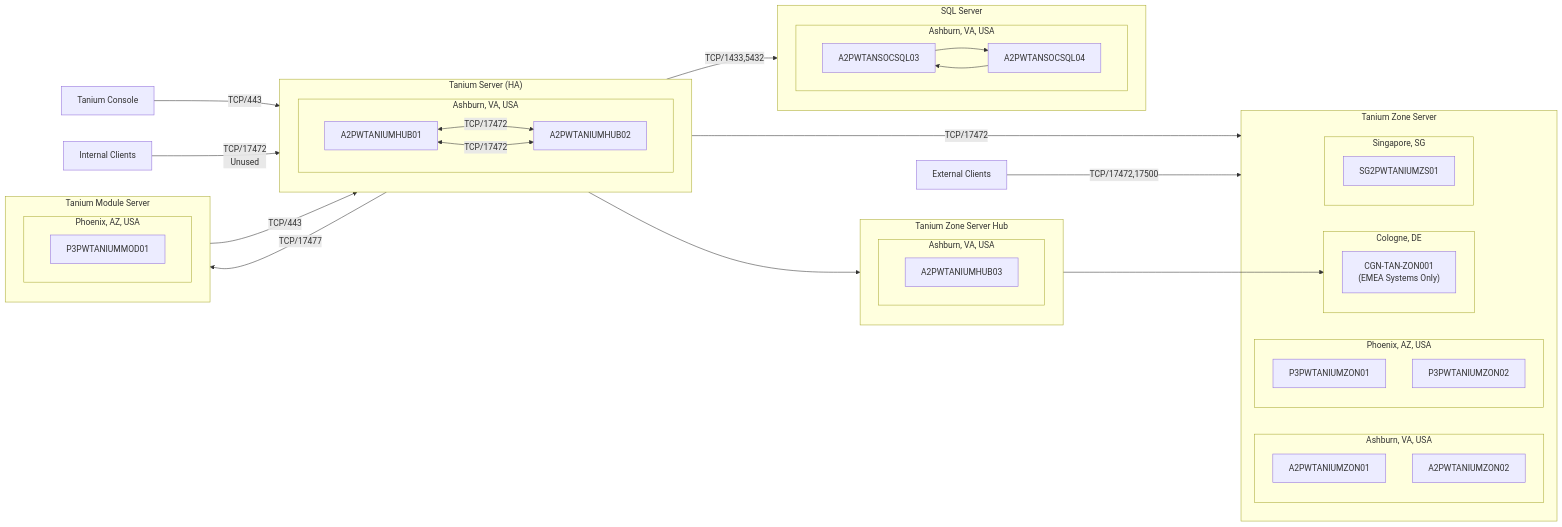
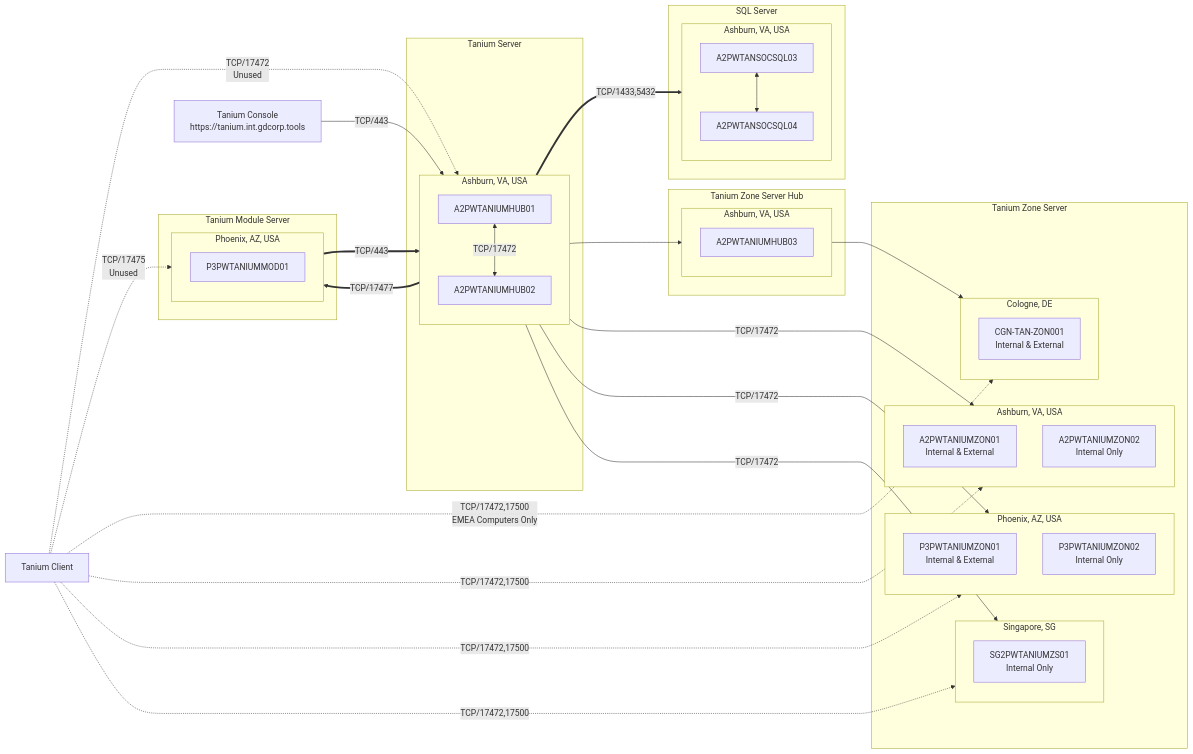
Before and after one commit to gdsec-test/tsa-tanium-config: the diagram in docs/diagrams/src/tanium-architecture-prod-us.mmd, drawn with Mermaid.

Commit message:
Refactored chart design to clarify connectivity

```diff
--- a/docs/diagrams/src/tanium-architecture-prod-us.mmd
+++ b/docs/diagrams/src/tanium-architecture-prod-us.mmd
@@ -1,56 +1,72 @@
-graph LR
-    subgraph TS["Tanium Server (HA)"]
-        subgraph MS_A2["Ashburn, VA, USA"]
+flowchart LR
+    %% Define nodes and subgraphs
+    subgraph TS["Tanium Server"]
+        subgraph TS_A2["Ashburn, VA, USA"]
             TS_A2_1["A2PWTANIUMHUB01"]
             TS_A2_2["A2PWTANIUMHUB02"]
             TS_A2_1 <-->|"TCP/17472"| TS_A2_2
-            TS_A2_2 <-->|"TCP/17472"| TS_A2_1
         end
     end
     subgraph MS["Tanium Module Server"]
         subgraph MS_P3["Phoenix, AZ, USA"]
             MS_P3_1["P3PWTANIUMMOD01"]
         end
     end
     subgraph ZS["Tanium Zone Server"]
         subgraph ZS_A2["Ashburn, VA, USA"]
-            ZS_A2_1["A2PWTANIUMZON01"]
-            ZS_A2_2["A2PWTANIUMZON02"]
+            ZS_A2_1["A2PWTANIUMZON01<br/>Internal & External"]
+            ZS_A2_2["A2PWTANIUMZON02<br/>Internal Only"]
         end
         subgraph ZS_P3["Phoenix, AZ, USA"]
-            ZS_P3_1["P3PWTANIUMZON01"]
-            ZS_P3_2["P3PWTANIUMZON02"]
+            ZS_P3_1["P3PWTANIUMZON01<br/>Internal & External"]
+            ZS_P3_2["P3PWTANIUMZON02<br/>Internal Only"]
+        end
+        subgraph ZS_SG2["Singapore, SG"]
+            ZS_SG2_1["SG2PWTANIUMZS01<br/>Internal Only"]
         end
         subgraph ZS_CGN["Cologne, DE"]
-            ZS_CGN_1["CGN-TAN-ZON001<br>(EMEA Systems Only)"]
-        end
-        subgraph ZS_SG2["Singapore, SG"]
-            ZS_SG2_1["SG2PWTANIUMZS01"]
+            ZS_CGN_1["CGN-TAN-ZON001<br/>Internal & External"]
         end
     end
     subgraph ZH["Tanium Zone Server Hub"]
         subgraph ZH_A2["Ashburn, VA, USA"]
             ZH_A2_1["A2PWTANIUMHUB03"]
         end
     end
     subgraph SQL["SQL Server"]
         subgraph SQL_A2["Ashburn, VA, USA"]
             SQL_A2_3["A2PWTANSOCSQL03"]
             SQL_A2_4["A2PWTANSOCSQL04"]
-            SQL_A2_3 --> SQL_A2_4
-            SQL_A2_4 --> SQL_A2_3
+            SQL_A2_3 <--> SQL_A2_4
         end
     end
-    External["External Clients"]
-    Internal["Internal Clients"]
-    Console["Tanium Console"]
+    
+    %% Define nodes not part of a subgraph
+    TaniumClient["Tanium Client"]
+    TaniumConsole["Tanium Console<br/>https://tanium.int.gdcorp.tools"]
 
-    TS -->|"TCP/17477"| MS
-    TS -->|"TCP/1433,5432"| SQL
-    TS --> ZH
-    TS -->|"TCP/17472"| ZS
-    Console -->|"TCP/443"| TS
-    Internal -->|"TCP/17472<br>Unused"| TS
-    MS -->|"TCP/443"| TS
-    ZH --> ZS_CGN
-    External -->|"TCP/17472,17500"| ZS
+    %% Define relationships
+    TS_A2 ==>|"TCP/17477"| MS_P3
+    MS_P3 ==>|"TCP/443"| TS_A2
+    TS_A2 ==>|"TCP/1433,5432"| SQL_A2
+    TS_A2 --> ZH_A2
+    TS_A2 -->|"TCP/17472"| ZS_A2
+    TS_A2 -->|"TCP/17472"| ZS_P3
+    TS_A2 -->|"TCP/17472"| ZS_SG2
+    ZH_A2 --> ZS_CGN
+    TaniumClient -.->|"TCP/17472<br/>Unused"| TS_A2
+    TaniumClient -.->|"TCP/17475<br/>Unused"| MS_P3
+    TaniumClient -.->|"TCP/17472,17500<br/>EMEA Computers Only"| ZS_CGN
+    TaniumClient -.->|"TCP/17472,17500"| ZS_A2
+    TaniumClient -.->|"TCP/17472,17500"| ZS_P3
+    TaniumClient -.->|"TCP/17472,17500"| ZS_SG2
+    TaniumConsole -->|"TCP/443"| TS_A2
+    
+    %% Add hyperlinks
+    click TaniumConsole "https://tanium.int.gdcorp.tools" "Tanium Console (VPN Required)"
+
+    %% Define styles
+    classDef className fill:#f9f,stroke:#333,stroke-width:4px;
+    
+    %% Assign styles
+    %%class TaniumClient,TaniumClient_EMEA,Internal,Console className;
```
